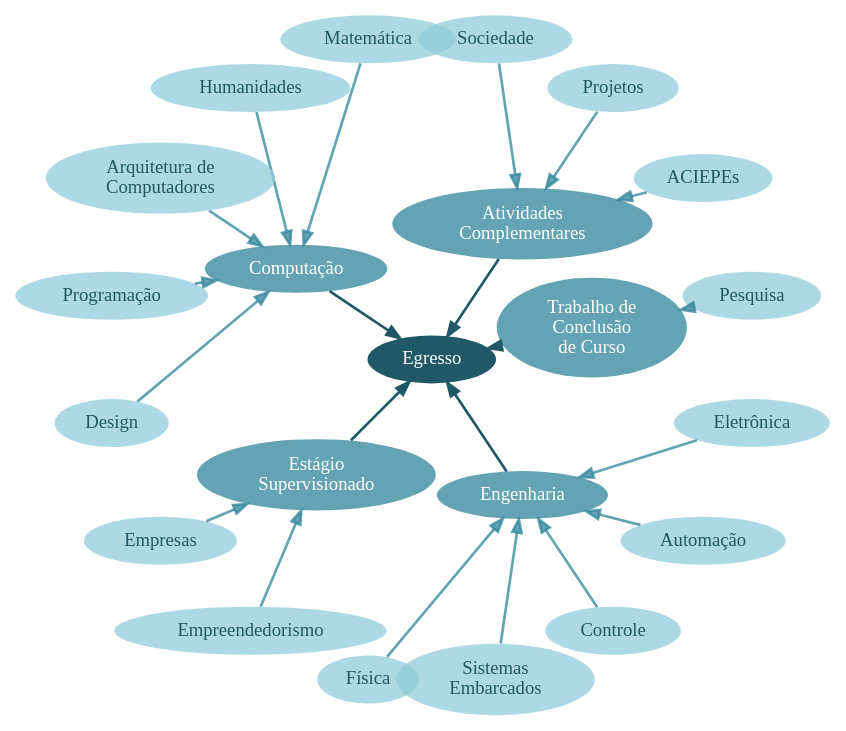
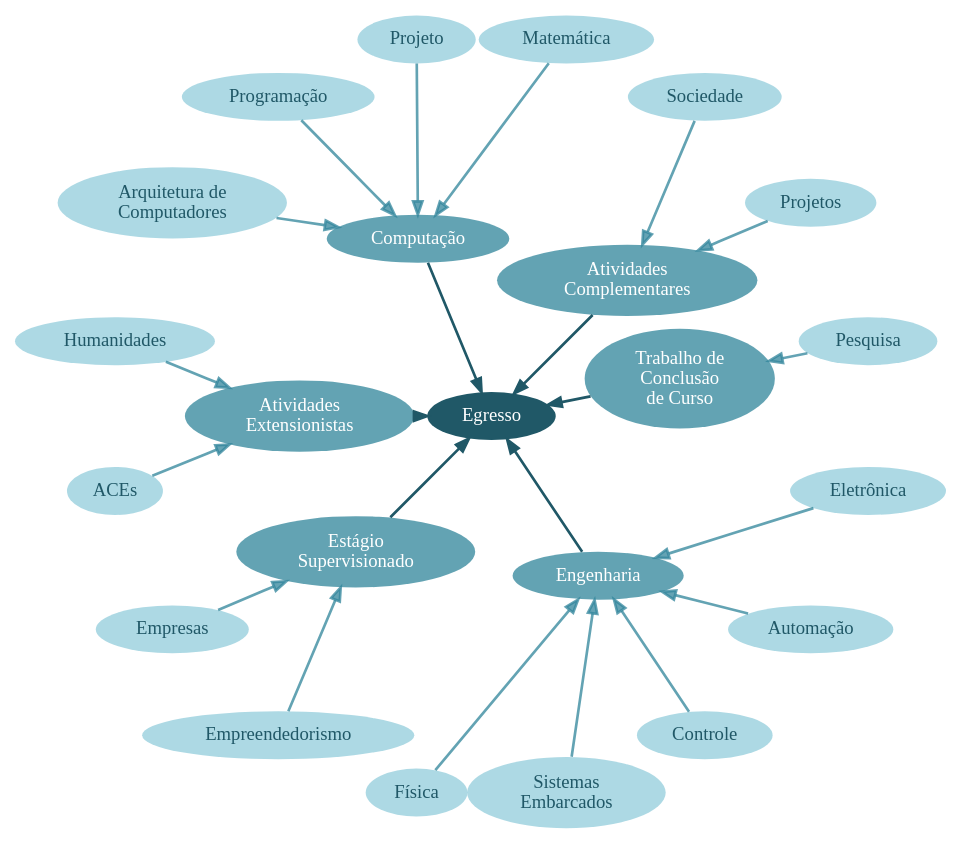
Before and after one commit to jandermoreira/ppc_ec_cc_ufscar: the diagram in enc/imagens/Perfil.dot, drawn with Graphviz. The commit also changed 12 other files, not shown here.

```diff
--- a/enc/imagens/Perfil.dot
+++ b/enc/imagens/Perfil.dot
@@ -1,53 +1,55 @@
+#dot -Tpdf Perfil.dot > Perfil.pdf
 digraph dot {
 
 graph [ fontname = "Cambria",
-	ranksep = 1.7,
+	ranksep = 2.0,
 	layout = twopi]
 
 node [shape = ellipse,
       style = filled,
       color = "#00000000"]
 
 root = pe;
 
 node [fillcolor = "#205867FF", fontcolor=white]
 pe [label = "Egresso"]
 
 node [fillcolor = "#31859BC0"]
 tc [label = "Trabalho de\nConclusão\nde Curso"]
 ac [label = "Atividades\nComplementares"]
 cc  [label = "Computação"]
+ae [label = "Atividades\nExtensionistas"]
 et [label = "Estágio\nSupervisionado"]
 ec [label = "Engenharia"]
 
 node [fillcolor = "#92CDDCC0", fontcolor="#205867"]
 m [label = "Matemática"]
 f [label = "Física"]
 h [label = "Humanidades"]
 
 #cd  [label = "Circuitos\nDigitais"]
 #bd  [label = "Banco\nde Dados"]
 #cg  [label = "Computação Gráfica"]
 #es  [label = "Engenharia\nde Software"]
 #ia  [label = "Inteligência\nArtificial"]
 #ih  [label = "Interação\nHumano-Computador"]
 #rc  [label = "Redes de\nComputadores"]
 #sd  [label = "Sistemas Distribuídos"]
 #so  [label = "Sistemas\nOperacionais"]
-ar [label = "Arquitetura de\nComputadores"]
 se [label = "Sistemas\nEmbarcados"]
 
 edge [color = "#205867FF",
 	penwidth = 2]
 
-{cc ac ec et tc} -> pe
+{cc ac ec et tc ae} -> pe
 
 edge [color = "#31859BC0"]
-{ACIEPEs, Projetos, Sociedade} -> ac
+{ACEs, h} -> ae
+{Projetos, Sociedade} -> ac
 {Pesquisa} -> tc
 {Empresas, Empreendedorismo} -> et
-
 {f Controle Automação se Eletrônica}  -> ec
-{h m ar Programação Design} -> cc
+{Projeto Programação m ar} -> cc
+ar [label = "Arquitetura de\nComputadores"]
 
 }
```
